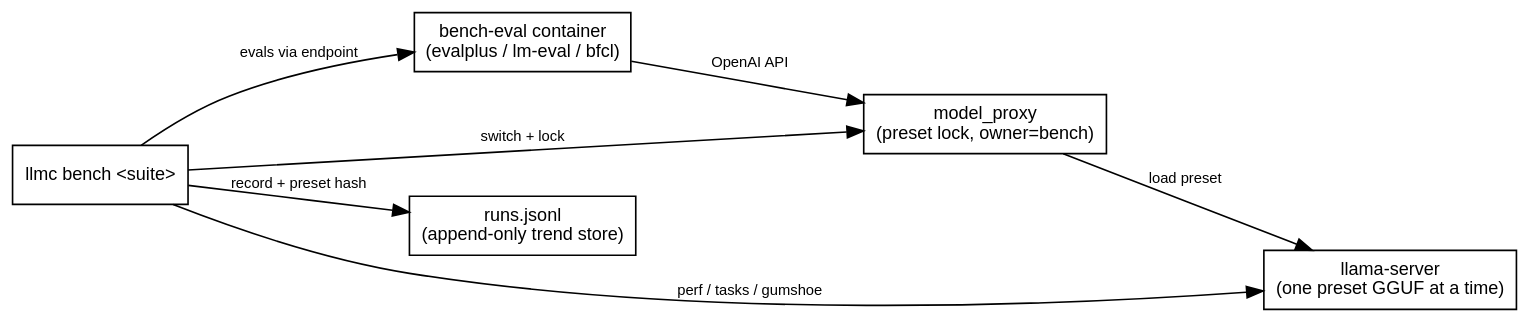
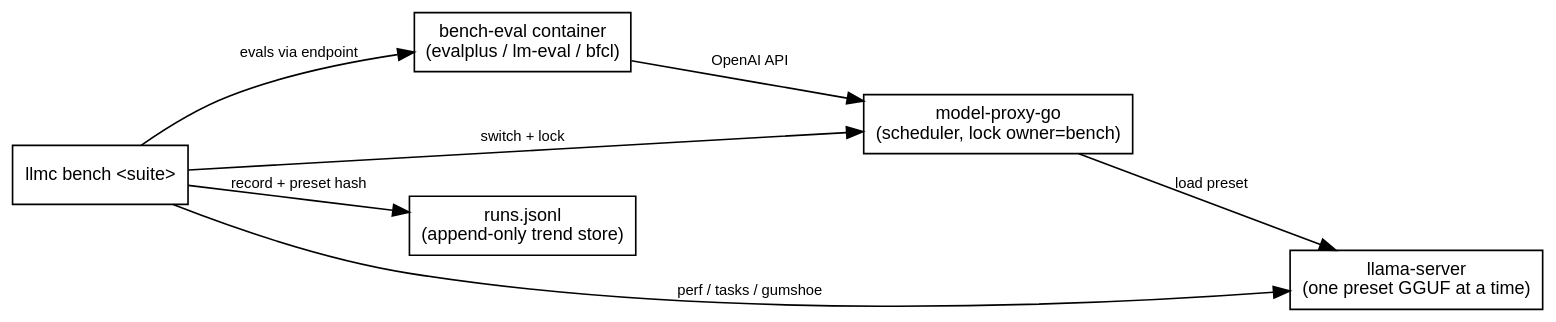
The diagram in src/content/docs/reference/local-model-bench.mdx (erfianugrah/lexicanum), drawn with Graphviz before and after one commit. The commit also changed other lines of this file, not shown here.

Commit message:
reference(local-model-bench): proxy is Go (model-proxy-go) post-cutover
Diagram + harness prose: model_proxy -> model-proxy-go (scheduler event
loop, persistent lock with TTL+FIFO, drain-before-swap, capability
serve-in-place, ephemeral presets via POST /v1/presets for the ctx sweep).
Build green (970 tests).

````diff
--- a/src/content/docs/reference/local-model-bench.mdx
+++ b/src/content/docs/reference/local-model-bench.mdx
@@ -32,21 +32,21 @@
 ```dot
 digraph {
   rankdir=LR; bgcolor="transparent"; nodesep=0.3; ranksep=0.7;
   fontname="Helvetica,Arial,sans-serif";
   node [fontname="Helvetica,Arial,sans-serif", fontsize=11, shape=box];
   edge [fontname="Helvetica,Arial,sans-serif", fontsize=9];
 
   llmc [label="llmc bench <suite>"];
-  proxy [label="model_proxy\n(preset lock, owner=bench)"];
+  proxy [label="model-proxy-go\n(scheduler, lock owner=bench)"];
   server [label="llama-server\n(one preset GGUF at a time)"];
   store [label="runs.jsonl\n(append-only trend store)"];
   evalbox [label="bench-eval container\n(evalplus / lm-eval / bfcl)"];
 
   llmc -> proxy [label="switch + lock"];
   proxy -> server [label="load preset"];
   llmc -> server [label="perf / tasks / gumshoe"];
   llmc -> evalbox [label="evals via endpoint"];
   evalbox -> proxy [label="OpenAI API"];
   llmc -> store [label="record + preset hash"];
 }
 ```
````
